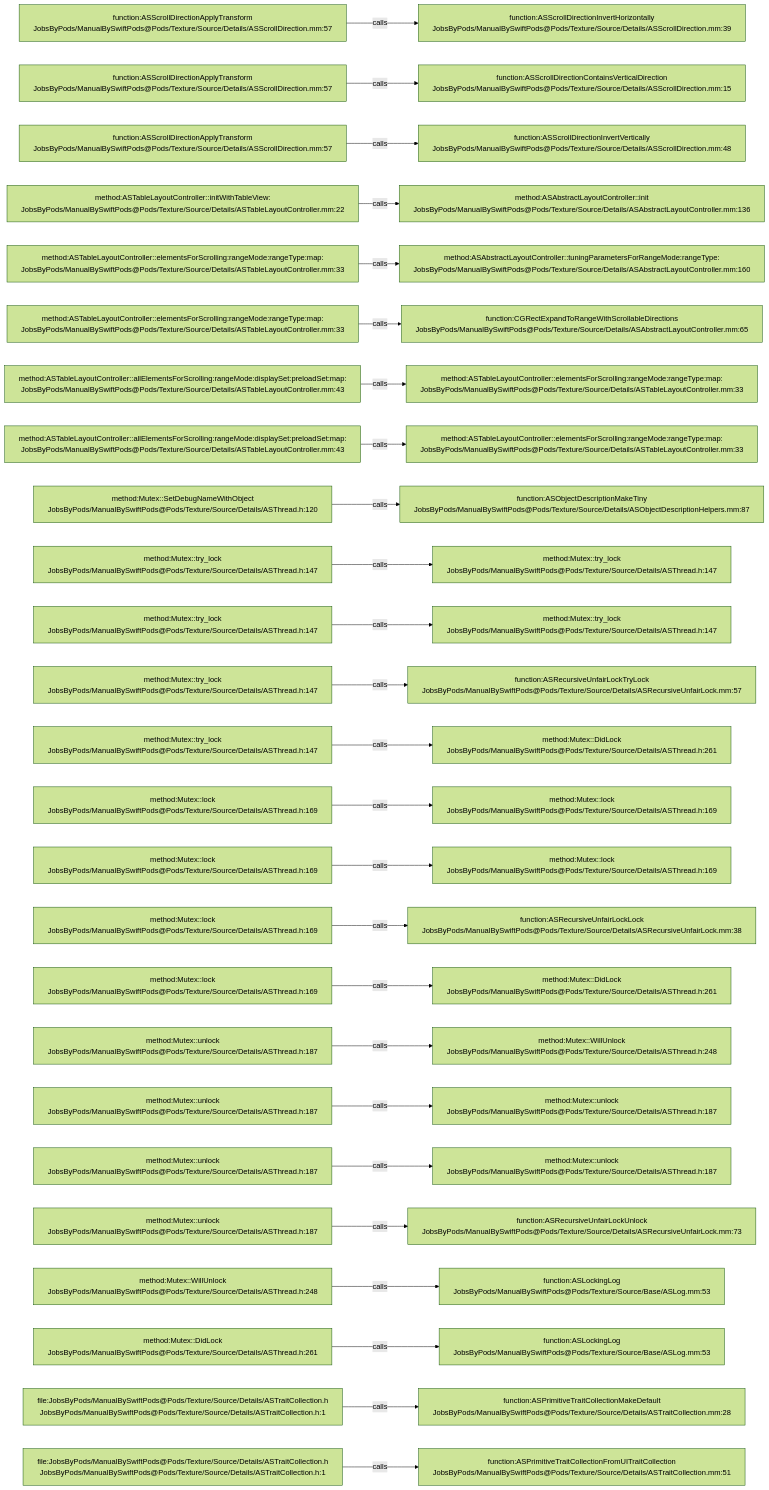
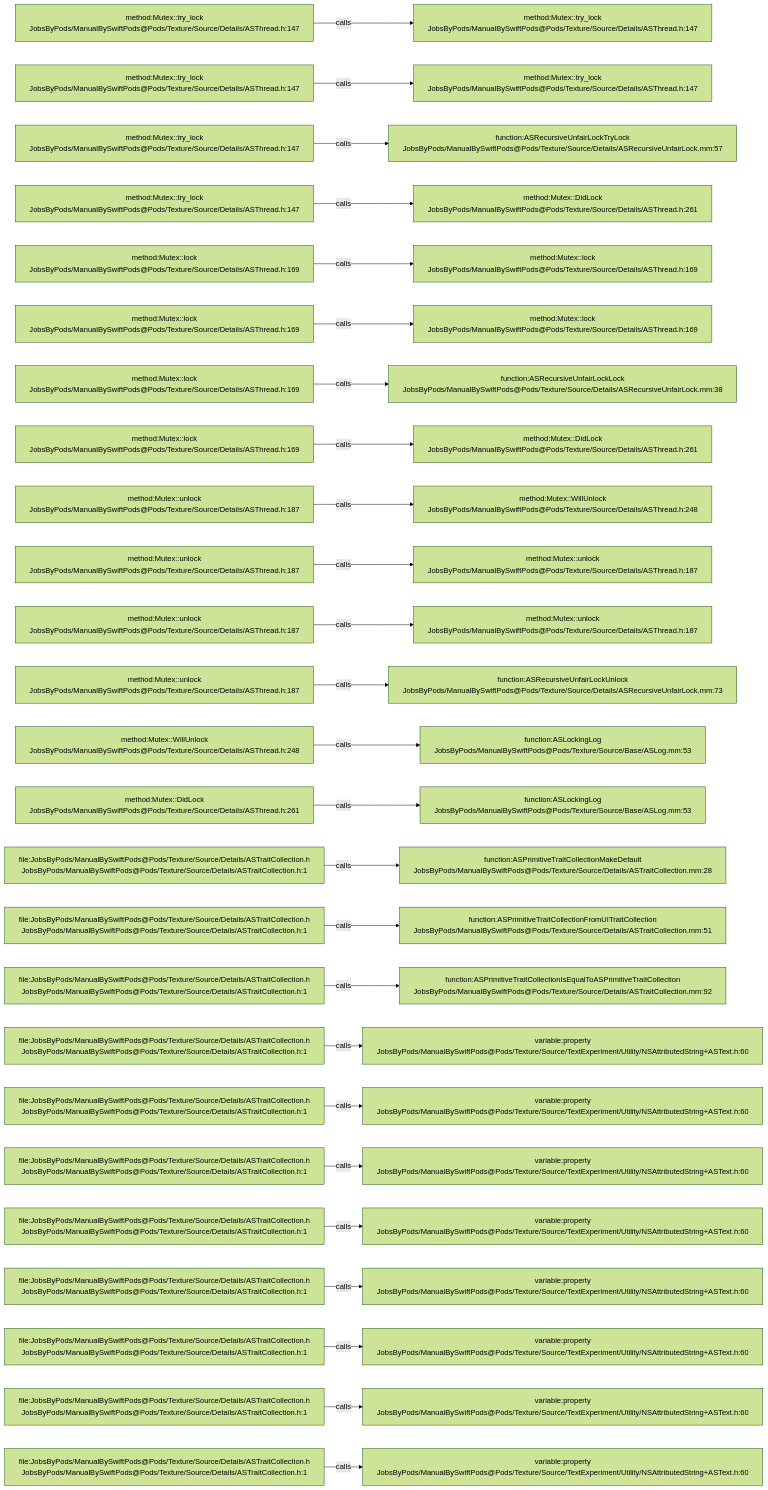
The diagram in .codegraph/codegraph.md/graphs/calls-096.md (JobsKits/JobsSwiftBaseConfigDemo), drawn with Mermaid (forest theme) before and after one commit. The commit also changed 707 other files, not shown here.

````diff
--- a/.codegraph/codegraph.md/graphs/calls-096.md
+++ b/.codegraph/codegraph.md/graphs/calls-096.md
@@ -13,78 +13,78 @@
 ```mermaid
 flowchart LR
-  S1["function:ASScrollDirectionApplyTransform<br/>JobsByPods/ManualBySwiftPods@Pods/Texture/Source/Details/ASScrollDirection.mm:57"]
-  T1["function:ASScrollDirectionInvertHorizontally<br/>JobsByPods/ManualBySwiftPods@Pods/Texture/Source/Details/ASScrollDirection.mm:39"]
+  S1["method:Mutex::try_lock<br/>JobsByPods/ManualBySwiftPods@Pods/Texture/Source/Details/ASThread.h:147"]
+  T1["method:Mutex::try_lock<br/>JobsByPods/ManualBySwiftPods@Pods/Texture/Source/Details/ASThread.h:147"]
   S1 -->|calls| T1
-  S2["function:ASScrollDirectionApplyTransform<br/>JobsByPods/ManualBySwiftPods@Pods/Texture/Source/Details/ASScrollDirection.mm:57"]
-  T2["function:ASScrollDirectionContainsVerticalDirection<br/>JobsByPods/ManualBySwiftPods@Pods/Texture/Source/Details/ASScrollDirection.mm:15"]
+  S2["method:Mutex::try_lock<br/>JobsByPods/ManualBySwiftPods@Pods/Texture/Source/Details/ASThread.h:147"]
+  T2["method:Mutex::try_lock<br/>JobsByPods/ManualBySwiftPods@Pods/Texture/Source/Details/ASThread.h:147"]
   S2 -->|calls| T2
-  S3["function:ASScrollDirectionApplyTransform<br/>JobsByPods/ManualBySwiftPods@Pods/Texture/Source/Details/ASScrollDirection.mm:57"]
-  T3["function:ASScrollDirectionInvertVertically<br/>JobsByPods/ManualBySwiftPods@Pods/Texture/Source/Details/ASScrollDirection.mm:48"]
+  S3["method:Mutex::try_lock<br/>JobsByPods/ManualBySwiftPods@Pods/Texture/Source/Details/ASThread.h:147"]
+  T3["function:ASRecursiveUnfairLockTryLock<br/>JobsByPods/ManualBySwiftPods@Pods/Texture/Source/Details/ASRecursiveUnfairLock.mm:57"]
   S3 -->|calls| T3
-  S4["method:ASTableLayoutController::initWithTableView:<br/>JobsByPods/ManualBySwiftPods@Pods/Texture/Source/Details/ASTableLayoutController.mm:22"]
-  T4["method:ASAbstractLayoutController::init<br/>JobsByPods/ManualBySwiftPods@Pods/Texture/Source/Details/ASAbstractLayoutController.mm:136"]
+  S4["method:Mutex::try_lock<br/>JobsByPods/ManualBySwiftPods@Pods/Texture/Source/Details/ASThread.h:147"]
+  T4["method:Mutex::DidLock<br/>JobsByPods/ManualBySwiftPods@Pods/Texture/Source/Details/ASThread.h:261"]
   S4 -->|calls| T4
-  S5["method:ASTableLayoutController::elementsForScrolling:rangeMode:rangeType:map:<br/>JobsByPods/ManualBySwiftPods@Pods/Texture/Source/Details/ASTableLayoutController.mm:33"]
-  T5["method:ASAbstractLayoutController::tuningParametersForRangeMode:rangeType:<br/>JobsByPods/ManualBySwiftPods@Pods/Texture/Source/Details/ASAbstractLayoutController.mm:160"]
+  S5["method:Mutex::lock<br/>JobsByPods/ManualBySwiftPods@Pods/Texture/Source/Details/ASThread.h:169"]
+  T5["method:Mutex::lock<br/>JobsByPods/ManualBySwiftPods@Pods/Texture/Source/Details/ASThread.h:169"]
   S5 -->|calls| T5
-  S6["method:ASTableLayoutController::elementsForScrolling:rangeMode:rangeType:map:<br/>JobsByPods/ManualBySwiftPods@Pods/Texture/Source/Details/ASTableLayoutController.mm:33"]
-  T6["function:CGRectExpandToRangeWithScrollableDirections<br/>JobsByPods/ManualBySwiftPods@Pods/Texture/Source/Details/ASAbstractLayoutController.mm:65"]
+  S6["method:Mutex::lock<br/>JobsByPods/ManualBySwiftPods@Pods/Texture/Source/Details/ASThread.h:169"]
+  T6["method:Mutex::lock<br/>JobsByPods/ManualBySwiftPods@Pods/Texture/Source/Details/ASThread.h:169"]
   S6 -->|calls| T6
-  S7["method:ASTableLayoutController::allElementsForScrolling:rangeMode:displaySet:preloadSet:map:<br/>JobsByPods/ManualBySwiftPods@Pods/Texture/Source/Details/ASTableLayoutController.mm:43"]
-  T7["method:ASTableLayoutController::elementsForScrolling:rangeMode:rangeType:map:<br/>JobsByPods/ManualBySwiftPods@Pods/Texture/Source/Details/ASTableLayoutController.mm:33"]
+  S7["method:Mutex::lock<br/>JobsByPods/ManualBySwiftPods@Pods/Texture/Source/Details/ASThread.h:169"]
+  T7["function:ASRecursiveUnfairLockLock<br/>JobsByPods/ManualBySwiftPods@Pods/Texture/Source/Details/ASRecursiveUnfairLock.mm:38"]
   S7 -->|calls| T7
-  S8["method:ASTableLayoutController::allElementsForScrolling:rangeMode:displaySet:preloadSet:map:<br/>JobsByPods/ManualBySwiftPods@Pods/Texture/Source/Details/ASTableLayoutController.mm:43"]
-  T8["method:ASTableLayoutController::elementsForScrolling:rangeMode:rangeType:map:<br/>JobsByPods/ManualBySwiftPods@Pods/Texture/Source/Details/ASTableLayoutController.mm:33"]
+  S8["method:Mutex::lock<br/>JobsByPods/ManualBySwiftPods@Pods/Texture/Source/Details/ASThread.h:169"]
+  T8["method:Mutex::DidLock<br/>JobsByPods/ManualBySwiftPods@Pods/Texture/Source/Details/ASThread.h:261"]
   S8 -->|calls| T8
-  S9["method:Mutex::SetDebugNameWithObject<br/>JobsByPods/ManualBySwiftPods@Pods/Texture/Source/Details/ASThread.h:120"]
-  T9["function:ASObjectDescriptionMakeTiny<br/>JobsByPods/ManualBySwiftPods@Pods/Texture/Source/Details/ASObjectDescriptionHelpers.mm:87"]
+  S9["method:Mutex::unlock<br/>JobsByPods/ManualBySwiftPods@Pods/Texture/Source/Details/ASThread.h:187"]
+  T9["method:Mutex::WillUnlock<br/>JobsByPods/ManualBySwiftPods@Pods/Texture/Source/Details/ASThread.h:248"]
   S9 -->|calls| T9
-  S10["method:Mutex::try_lock<br/>JobsByPods/ManualBySwiftPods@Pods/Texture/Source/Details/ASThread.h:147"]
-  T10["method:Mutex::try_lock<br/>JobsByPods/ManualBySwiftPods@Pods/Texture/Source/Details/ASThread.h:147"]
+  S10["method:Mutex::unlock<br/>JobsByPods/ManualBySwiftPods@Pods/Texture/Source/Details/ASThread.h:187"]
+  T10["method:Mutex::unlock<br/>JobsByPods/ManualBySwiftPods@Pods/Texture/Source/Details/ASThread.h:187"]
   S10 -->|calls| T10
-  S11["method:Mutex::try_lock<br/>JobsByPods/ManualBySwiftPods@Pods/Texture/Source/Details/ASThread.h:147"]
-  T11["method:Mutex::try_lock<br/>JobsByPods/ManualBySwiftPods@Pods/Texture/Source/Details/ASThread.h:147"]
+  S11["method:Mutex::unlock<br/>JobsByPods/ManualBySwiftPods@Pods/Texture/Source/Details/ASThread.h:187"]
+  T11["method:Mutex::unlock<br/>JobsByPods/ManualBySwiftPods@Pods/Texture/Source/Details/ASThread.h:187"]
   S11 -->|calls| T11
-  S12["method:Mutex::try_lock<br/>JobsByPods/ManualBySwiftPods@Pods/Texture/Source/Details/ASThread.h:147"]
-  T12["function:ASRecursiveUnfairLockTryLock<br/>JobsByPods/ManualBySwiftPods@Pods/Texture/Source/Details/ASRecursiveUnfairLock.mm:57"]
+  S12["method:Mutex::unlock<br/>JobsByPods/ManualBySwiftPods@Pods/Texture/Source/Details/ASThread.h:187"]
+  T12["function:ASRecursiveUnfairLockUnlock<br/>JobsByPods/ManualBySwiftPods@Pods/Texture/Source/Details/ASRecursiveUnfairLock.mm:73"]
   S12 -->|calls| T12
-  S13["method:Mutex::try_lock<br/>JobsByPods/ManualBySwiftPods@Pods/Texture/Source/Details/ASThread.h:147"]
-  T13["method:Mutex::DidLock<br/>JobsByPods/ManualBySwiftPods@Pods/Texture/Source/Details/ASThread.h:261"]
+  S13["method:Mutex::WillUnlock<br/>JobsByPods/ManualBySwiftPods@Pods/Texture/Source/Details/ASThread.h:248"]
+  T13["function:ASLockingLog<br/>JobsByPods/ManualBySwiftPods@Pods/Texture/Source/Base/ASLog.mm:53"]
   S13 -->|calls| T13
-  S14["method:Mutex::lock<br/>JobsByPods/ManualBySwiftPods@Pods/Texture/Source/Details/ASThread.h:169"]
-  T14["method:Mutex::lock<br/>JobsByPods/ManualBySwiftPods@Pods/Texture/Source/Details/ASThread.h:169"]
+  S14["method:Mutex::DidLock<br/>JobsByPods/ManualBySwiftPods@Pods/Texture/Source/Details/ASThread.h:261"]
+  T14["function:ASLockingLog<br/>JobsByPods/ManualBySwiftPods@Pods/Texture/Source/Base/ASLog.mm:53"]
   S14 -->|calls| T14
-  S15["method:Mutex::lock<br/>JobsByPods/ManualBySwiftPods@Pods/Texture/Source/Details/ASThread.h:169"]
-  T15["method:Mutex::lock<br/>JobsByPods/ManualBySwiftPods@Pods/Texture/Source/Details/ASThread.h:169"]
+  S15["file:JobsByPods/ManualBySwiftPods@Pods/Texture/Source/Details/ASTraitCollection.h<br/>JobsByPods/ManualBySwiftPods@Pods/Texture/Source/Details/ASTraitCollection.h:1"]
+  T15["function:ASPrimitiveTraitCollectionMakeDefault<br/>JobsByPods/ManualBySwiftPods@Pods/Texture/Source/Details/ASTraitCollection.mm:28"]
   S15 -->|calls| T15
-  S16["method:Mutex::lock<br/>JobsByPods/ManualBySwiftPods@Pods/Texture/Source/Details/ASThread.h:169"]
-  T16["function:ASRecursiveUnfairLockLock<br/>JobsByPods/ManualBySwiftPods@Pods/Texture/Source/Details/ASRecursiveUnfairLock.mm:38"]
+  S16["file:JobsByPods/ManualBySwiftPods@Pods/Texture/Source/Details/ASTraitCollection.h<br/>JobsByPods/ManualBySwiftPods@Pods/Texture/Source/Details/ASTraitCollection.h:1"]
+  T16["function:ASPrimitiveTraitCollectionFromUITraitCollection<br/>JobsByPods/ManualBySwiftPods@Pods/Texture/Source/Details/ASTraitCollection.mm:51"]
   S16 -->|calls| T16
-  S17["method:Mutex::lock<br/>JobsByPods/ManualBySwiftPods@Pods/Texture/Source/Details/ASThread.h:169"]
-  T17["method:Mutex::DidLock<br/>JobsByPods/ManualBySwiftPods@Pods/Texture/Source/Details/ASThread.h:261"]
+  S17["file:JobsByPods/ManualBySwiftPods@Pods/Texture/Source/Details/ASTraitCollection.h<br/>JobsByPods/ManualBySwiftPods@Pods/Texture/Source/Details/ASTraitCollection.h:1"]
+  T17["function:ASPrimitiveTraitCollectionIsEqualToASPrimitiveTraitCollection<br/>JobsByPods/ManualBySwiftPods@Pods/Texture/Source/Details/ASTraitCollection.mm:92"]
   S17 -->|calls| T17
-  S18["method:Mutex::unlock<br/>JobsByPods/ManualBySwiftPods@Pods/Texture/Source/Details/ASThread.h:187"]
-  T18["method:Mutex::WillUnlock<br/>JobsByPods/ManualBySwiftPods@Pods/Texture/Source/Details/ASThread.h:248"]
+  S18["file:JobsByPods/ManualBySwiftPods@Pods/Texture/Source/Details/ASTraitCollection.h<br/>JobsByPods/ManualBySwiftPods@Pods/Texture/Source/Details/ASTraitCollection.h:1"]
+  T18["variable:property<br/>JobsByPods/ManualBySwiftPods@Pods/Texture/Source/TextExperiment/Utility/NSAttributedString+ASText.h:60"]
   S18 -->|calls| T18
-  S19["method:Mutex::unlock<br/>JobsByPods/ManualBySwiftPods@Pods/Texture/Source/Details/ASThread.h:187"]
-  T19["method:Mutex::unlock<br/>JobsByPods/ManualBySwiftPods@Pods/Texture/Source/Details/ASThread.h:187"]
+  S19["file:JobsByPods/ManualBySwiftPods@Pods/Texture/Source/Details/ASTraitCollection.h<br/>JobsByPods/ManualBySwiftPods@Pods/Texture/Source/Details/ASTraitCollection.h:1"]
+  T19["variable:property<br/>JobsByPods/ManualBySwiftPods@Pods/Texture/Source/TextExperiment/Utility/NSAttributedString+ASText.h:60"]
   S19 -->|calls| T19
-  S20["method:Mutex::unlock<br/>JobsByPods/ManualBySwiftPods@Pods/Texture/Source/Details/ASThread.h:187"]
-  T20["method:Mutex::unlock<br/>JobsByPods/ManualBySwiftPods@Pods/Texture/Source/Details/ASThread.h:187"]
+  S20["file:JobsByPods/ManualBySwiftPods@Pods/Texture/Source/Details/ASTraitCollection.h<br/>JobsByPods/ManualBySwiftPods@Pods/Texture/Source/Details/ASTraitCollection.h:1"]
+  T20["variable:property<br/>JobsByPods/ManualBySwiftPods@Pods/Texture/Source/TextExperiment/Utility/NSAttributedString+ASText.h:60"]
   S20 -->|calls| T20
-  S21["method:Mutex::unlock<br/>JobsByPods/ManualBySwiftPods@Pods/Texture/Source/Details/ASThread.h:187"]
-  T21["function:ASRecursiveUnfairLockUnlock<br/>JobsByPods/ManualBySwiftPods@Pods/Texture/Source/Details/ASRecursiveUnfairLock.mm:73"]
+  S21["file:JobsByPods/ManualBySwiftPods@Pods/Texture/Source/Details/ASTraitCollection.h<br/>JobsByPods/ManualBySwiftPods@Pods/Texture/Source/Details/ASTraitCollection.h:1"]
+  T21["variable:property<br/>JobsByPods/ManualBySwiftPods@Pods/Texture/Source/TextExperiment/Utility/NSAttributedString+ASText.h:60"]
   S21 -->|calls| T21
-  S22["method:Mutex::WillUnlock<br/>JobsByPods/ManualBySwiftPods@Pods/Texture/Source/Details/ASThread.h:248"]
-  T22["function:ASLockingLog<br/>JobsByPods/ManualBySwiftPods@Pods/Texture/Source/Base/ASLog.mm:53"]
+  S22["file:JobsByPods/ManualBySwiftPods@Pods/Texture/Source/Details/ASTraitCollection.h<br/>JobsByPods/ManualBySwiftPods@Pods/Texture/Source/Details/ASTraitCollection.h:1"]
+  T22["variable:property<br/>JobsByPods/ManualBySwiftPods@Pods/Texture/Source/TextExperiment/Utility/NSAttributedString+ASText.h:60"]
   S22 -->|calls| T22
-  S23["method:Mutex::DidLock<br/>JobsByPods/ManualBySwiftPods@Pods/Texture/Source/Details/ASThread.h:261"]
-  T23["function:ASLockingLog<br/>JobsByPods/ManualBySwiftPods@Pods/Texture/Source/Base/ASLog.mm:53"]
+  S23["file:JobsByPods/ManualBySwiftPods@Pods/Texture/Source/Details/ASTraitCollection.h<br/>JobsByPods/ManualBySwiftPods@Pods/Texture/Source/Details/ASTraitCollection.h:1"]
+  T23["variable:property<br/>JobsByPods/ManualBySwiftPods@Pods/Texture/Source/TextExperiment/Utility/NSAttributedString+ASText.h:60"]
   S23 -->|calls| T23
   S24["file:JobsByPods/ManualBySwiftPods@Pods/Texture/Source/Details/ASTraitCollection.h<br/>JobsByPods/ManualBySwiftPods@Pods/Texture/Source/Details/ASTraitCollection.h:1"]
-  T24["function:ASPrimitiveTraitCollectionMakeDefault<br/>JobsByPods/ManualBySwiftPods@Pods/Texture/Source/Details/ASTraitCollection.mm:28"]
+  T24["variable:property<br/>JobsByPods/ManualBySwiftPods@Pods/Texture/Source/TextExperiment/Utility/NSAttributedString+ASText.h:60"]
   S24 -->|calls| T24
   S25["file:JobsByPods/ManualBySwiftPods@Pods/Texture/Source/Details/ASTraitCollection.h<br/>JobsByPods/ManualBySwiftPods@Pods/Texture/Source/Details/ASTraitCollection.h:1"]
-  T25["function:ASPrimitiveTraitCollectionFromUITraitCollection<br/>JobsByPods/ManualBySwiftPods@Pods/Texture/Source/Details/ASTraitCollection.mm:51"]
+  T25["variable:property<br/>JobsByPods/ManualBySwiftPods@Pods/Texture/Source/TextExperiment/Utility/NSAttributedString+ASText.h:60"]
   S25 -->|calls| T25
 ```
````
